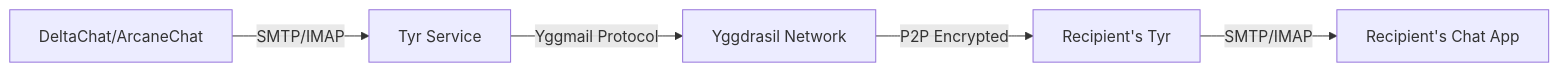
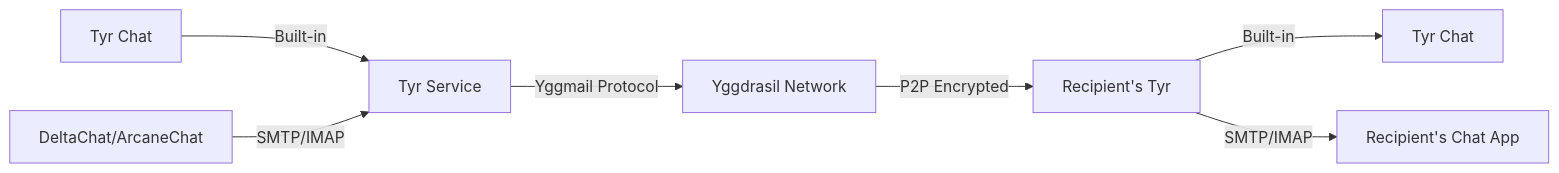
Before and after one commit to BormentalAndrey/Tyr: the diagram in README.md, drawn with Mermaid. The commit also changed other lines of this file and 101 other files, not shown here.

````diff
--- a/README.md
+++ b/README.md
@@ -71,7 +72,9 @@
 ```mermaid
 graph LR
-    A[DeltaChat/ArcaneChat] -->|SMTP/IMAP| B[Tyr Service]
-    B -->|Yggmail Protocol| C[Yggdrasil Network]
-    C -->|P2P Encrypted| D[Recipient's Tyr]
-    D -->|SMTP/IMAP| E[Recipient's Chat App]
+    A[Tyr Chat] -->|Built-in| B[Tyr Service]
+    C[DeltaChat/ArcaneChat] -->|SMTP/IMAP| B
+    B -->|Yggmail Protocol| D[Yggdrasil Network]
+    D -->|P2P Encrypted| E[Recipient's Tyr]
+    E -->|Built-in| F[Tyr Chat]
+    E -->|SMTP/IMAP| G[Recipient's Chat App]
 ```
````
